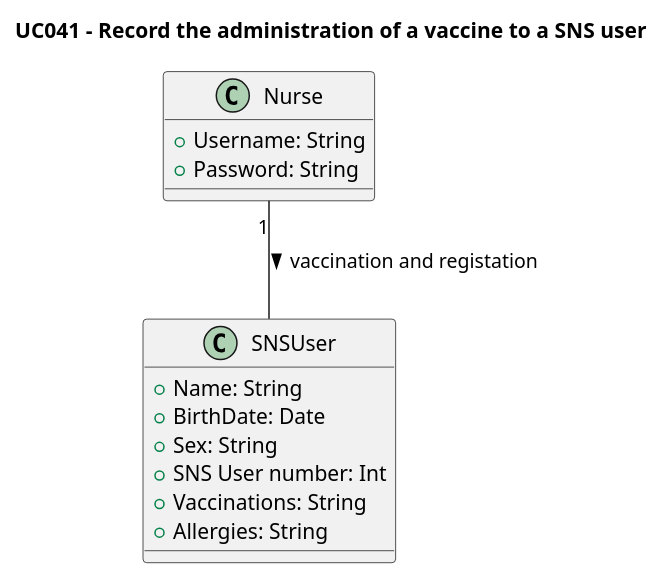
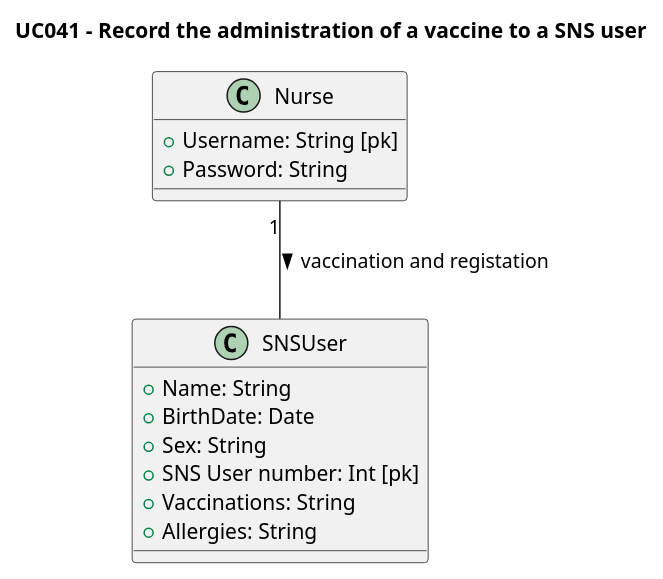
Before and after one commit to rafaafig/SnsTrab: the diagram in sns-base/doc/global/use-cases/UC041/ucd-UCD041.puml, drawn with PlantUML. The commit also changed 10 other files, not shown here.

Commit message:
modelo logico nos diagramas dos casos

```diff
--- a/sns-base/doc/global/use-cases/UC041/ucd-UCD041.puml
+++ b/sns-base/doc/global/use-cases/UC041/ucd-UCD041.puml
@@ -1,27 +1,27 @@
 @startuml
 skinparam monochrome false
 skinparam shadowing false
 
 title UC041 - Record the administration of a vaccine to a SNS user
 
 class Nurse {
-    +Username: String
+    +Username: String [pk]
     +Password: String
 }
 
 class SNSUser {
     +Name: String
     +BirthDate: Date
     +Sex: String
-    +SNS User number: Int
+    +SNS User number: Int [pk]
     +Vaccinations: String
     +Allergies: String
 }
 
 
 
 ' Relationships
 Nurse "1" -- SNSUser : vaccination and registation >
 
 
 @enduml
```
